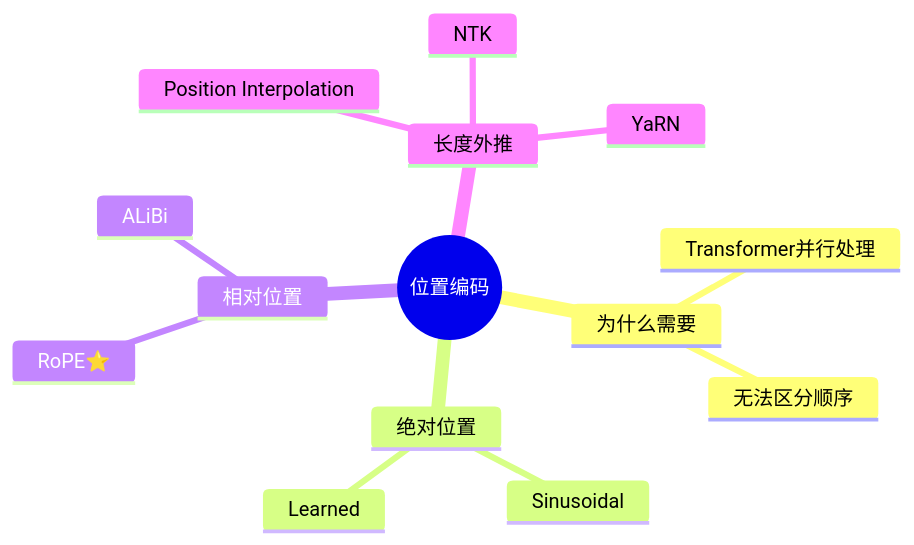
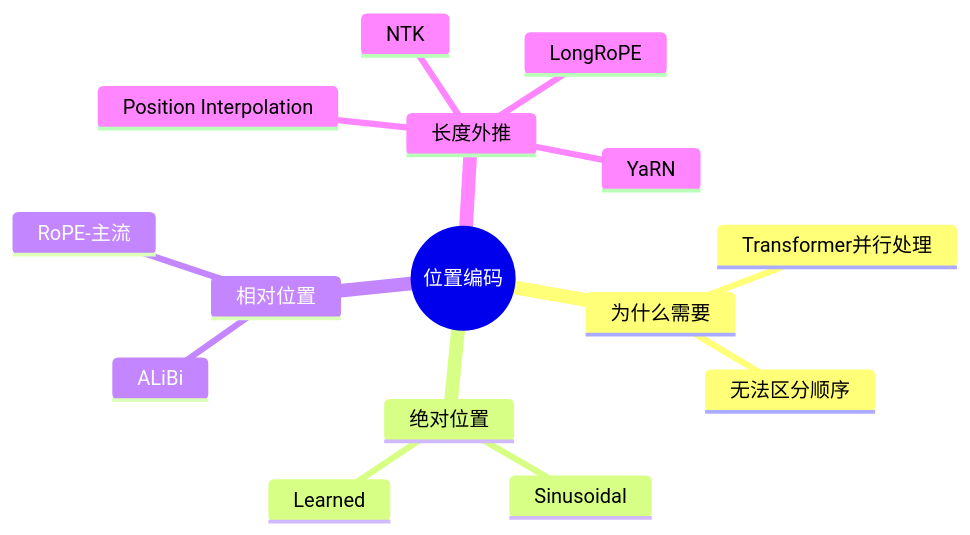
Diagram 15 of 15 in learning/website/docs/basics/04-positional-encoding.md (Xunzhuo/mini-sglang), drawn with Mermaid before and after one commit. The commit also changed other lines of this file and 9 other files, not shown here.

````diff
--- a/learning/website/docs/basics/04-positional-encoding.md
+++ b/learning/website/docs/basics/04-positional-encoding.md
@@ -423,17 +335,18 @@
 ```mermaid
 mindmap
   root((位置编码))
     为什么需要
       Transformer并行处理
       无法区分顺序
     绝对位置
       Sinusoidal
       Learned
     相对位置
       ALiBi
-      RoPE⭐️
+      RoPE-主流
     长度外推
       Position Interpolation
       NTK
       YaRN
+      LongRoPE
 ```
````
